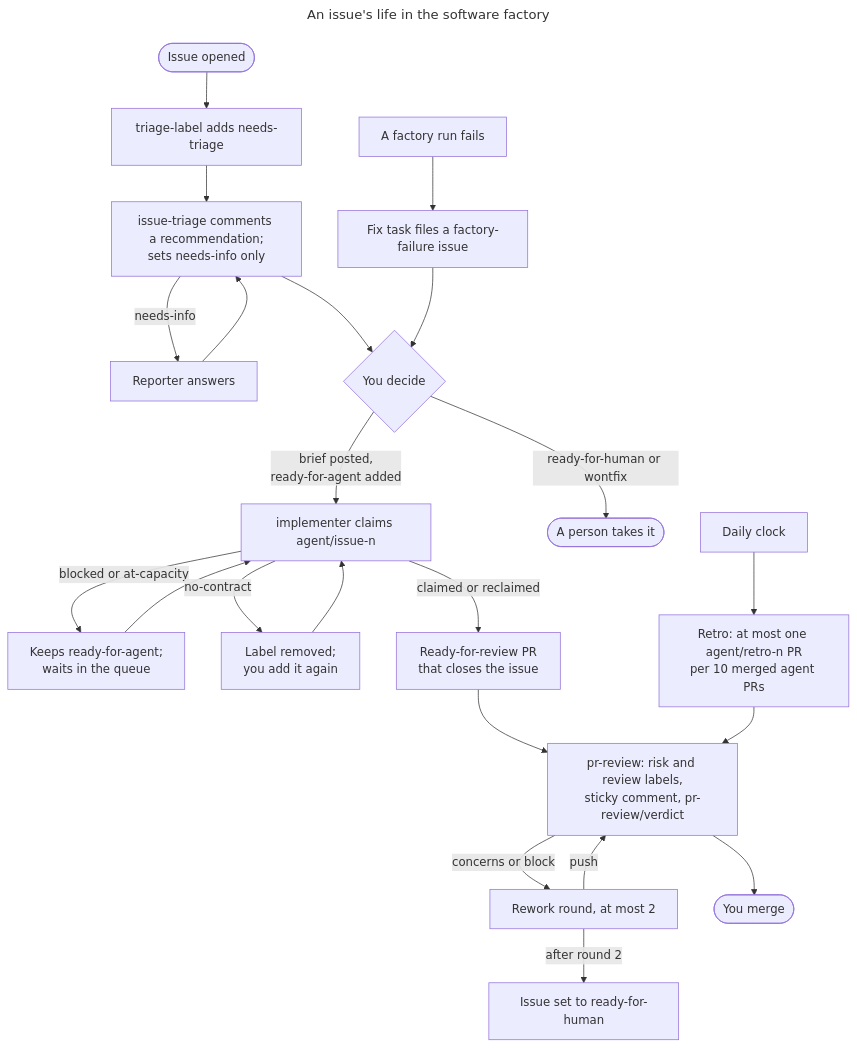
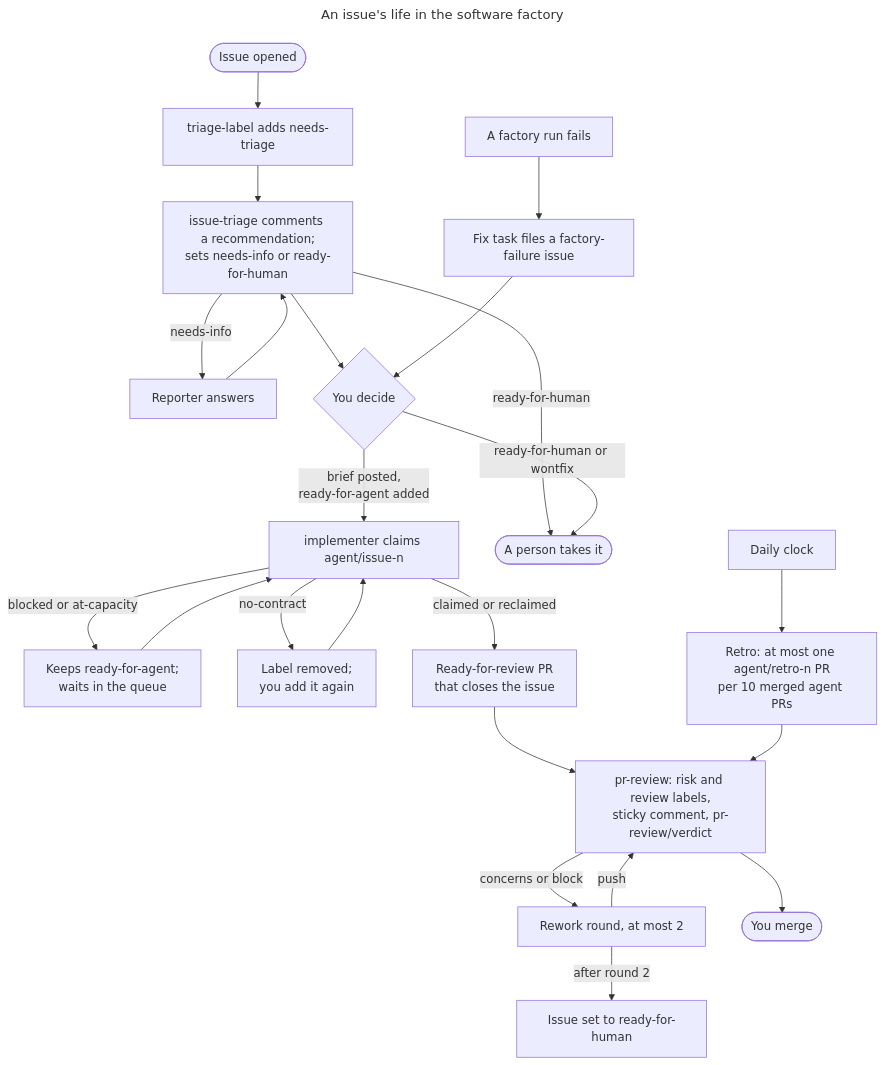
The diagram in docs/factory/README.md (fabiandistler/agents), drawn with Mermaid before and after one commit. The commit also changed other lines of this file and 11 other files, not shown here.

First line of the commit message:
feat(issue-triage): the bot also sets ready-for-human

````diff
--- a/docs/factory/README.md
+++ b/docs/factory/README.md
@@ -31,27 +31,28 @@
 ```mermaid
 ---
 title: An issue's life in the software factory
 ---
 flowchart TD
     opened([Issue opened]) --> label["triage-label adds needs-triage"]
-    label --> triage["issue-triage comments a recommendation;<br/>sets needs-info only"]
+    label --> triage["issue-triage comments a recommendation;<br/>sets needs-info or ready-for-human"]
     triage -->|needs-info| reply["Reporter answers"]
     reply --> triage
     triage --> decide{"You decide"}
     decide -->|"brief posted,<br/>ready-for-agent added"| claim["implementer claims agent/issue-n"]
+    triage -->|ready-for-human| person
     decide -->|"ready-for-human or wontfix"| person([A person takes it])
     claim -->|"blocked or at-capacity"| queue["Keeps ready-for-agent;<br/>waits in the queue"]
     queue --> claim
     claim -->|"no-contract"| stopped["Label removed;<br/>you add it again"]
     stopped --> claim
     claim -->|"claimed or reclaimed"| pr["Ready-for-review PR<br/>that closes the issue"]
     pr --> review["pr-review: risk and review labels,<br/>sticky comment, pr-review/verdict"]
     review -->|"concerns or block"| rework["Rework round, at most 2"]
     rework -->|push| review
     rework -->|"after round 2"| human["Issue set to ready-for-human"]
     review --> merge([You merge])
     failed["A factory run fails"] --> fix["Fix task files a factory-failure issue"]
     fix --> decide
     clock["Daily clock"] --> retro["Retro: at most one agent/retro-n PR<br/>per 10 merged agent PRs"]
     retro --> review
 ```
````
